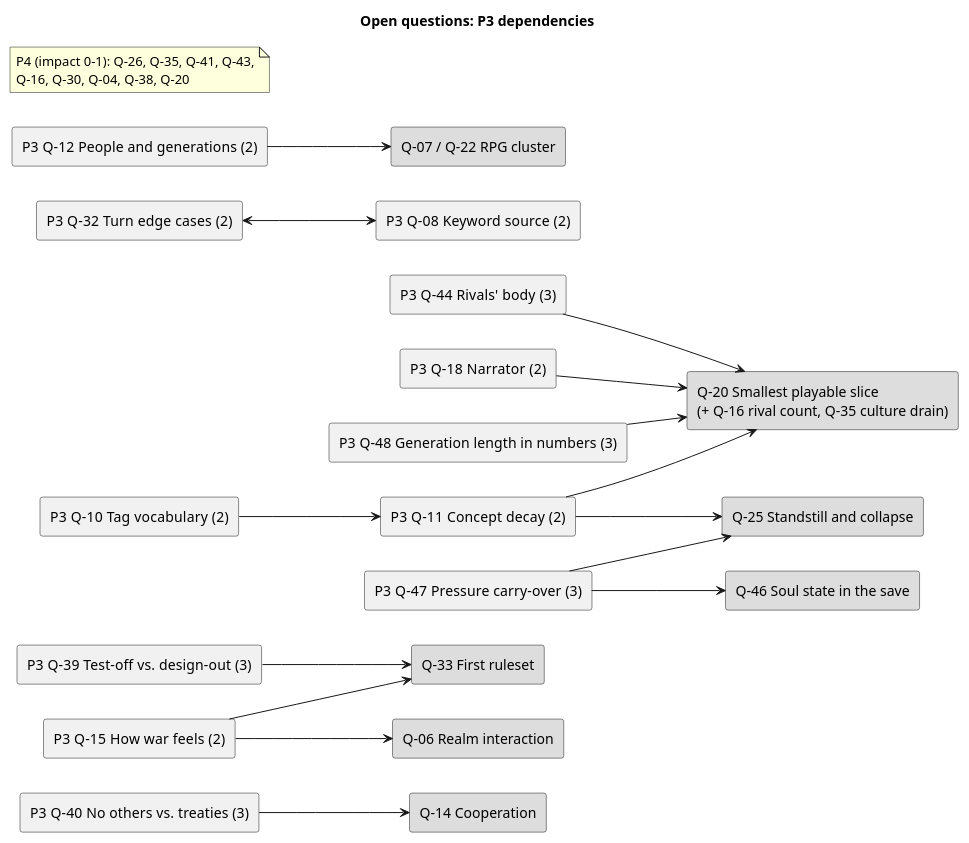
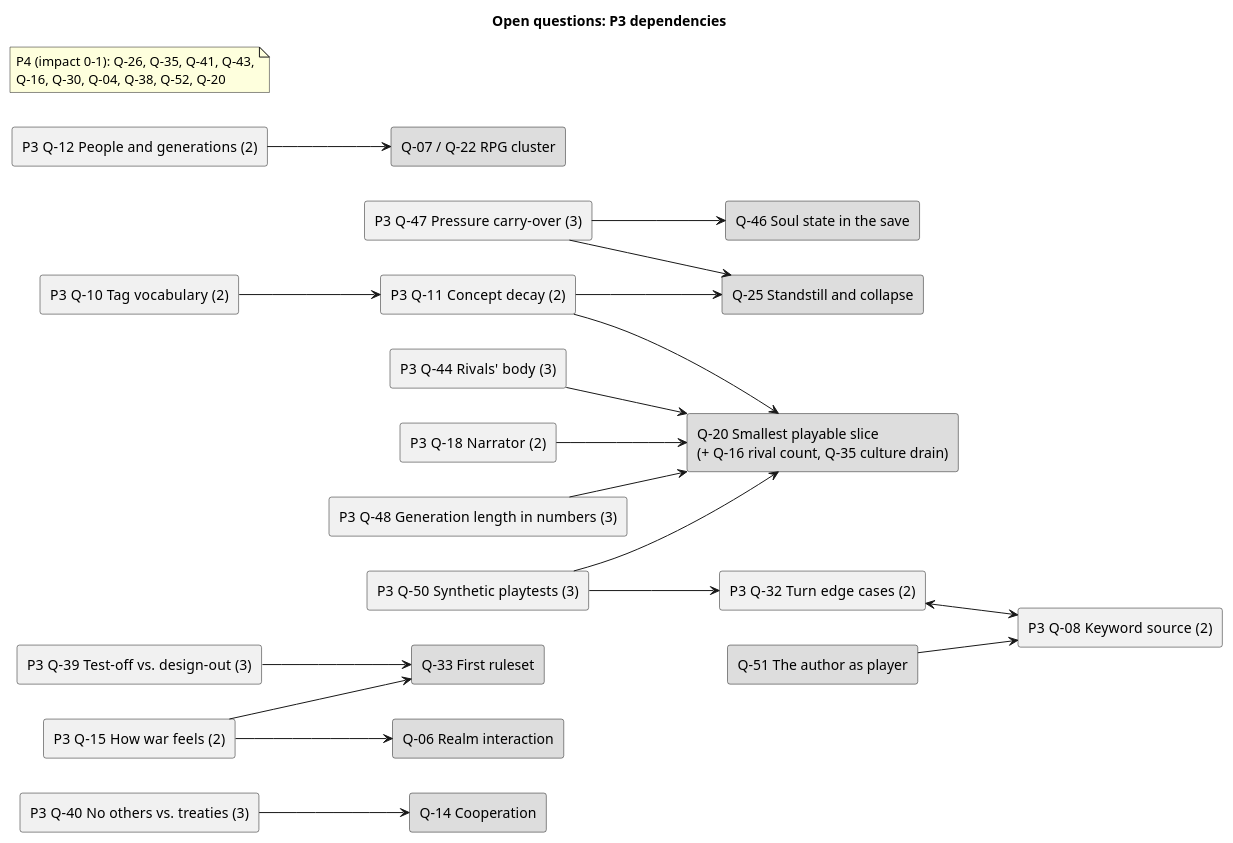
Before and after one commit to zzt108/Syntropy: the diagram in .doc/26-11-17 Game design brainstorming/diagrams/20-question-priority-rest.puml, drawn with PlantUML. The commit also changed 2 other files, not shown here.

```diff
--- a/.doc/26-11-17 Game design brainstorming/diagrams/20-question-priority-rest.puml
+++ b/.doc/26-11-17 Game design brainstorming/diagrams/20-question-priority-rest.puml
@@ -1,45 +1,50 @@
 @startuml
 ' What: dependencies of the P3 open questions (§5 priority table), with the P4 questions as a note.
-' Shows: an arrow A -> B means "the answer to A changes B". Grey boxes are higher-tier targets (P1, P2)
+' Shows: an arrow A -> B means "the answer to A changes B". Grey boxes are higher-tier questions (P1, P2)
 '        or Q-20, the sink that collects all others (the smallest playable slice).
 ' Source: brainstorming-base.md §5 "Priority by impact".
 title Open questions: P3 dependencies
 left to right direction
 rectangle "P3  Q-40 No others vs. treaties (3)" as Q40
 rectangle "P3  Q-39 Test-off vs. design-out (3)" as Q39
 rectangle "P3  Q-44 Rivals' body (3)" as Q44
 rectangle "P3  Q-32 Turn edge cases (2)" as Q32
 rectangle "P3  Q-10 Tag vocabulary (2)" as Q10
 rectangle "P3  Q-11 Concept decay (2)" as Q11
 rectangle "P3  Q-12 People and generations (2)" as Q12
 rectangle "P3  Q-15 How war feels (2)" as Q15
 rectangle "P3  Q-18 Narrator (2)" as Q18
 rectangle "P3  Q-08 Keyword source (2)" as Q08
 rectangle "P3  Q-47 Pressure carry-over (3)" as Q47
 rectangle "P3  Q-48 Generation length in numbers (3)" as Q48
+rectangle "P3  Q-50 Synthetic playtests (3)" as Q50
+rectangle "Q-51 The author as player" as T51 #DDDDDD
 rectangle "Q-46 Soul state in the save" as T46 #DDDDDD
 rectangle "Q-14 Cooperation" as T14 #DDDDDD
 rectangle "Q-33 First ruleset" as T33 #DDDDDD
 rectangle "Q-25 Standstill and collapse" as T25 #DDDDDD
 rectangle "Q-07 / Q-22 RPG cluster" as TRPG #DDDDDD
 rectangle "Q-06 Realm interaction" as T06 #DDDDDD
 rectangle "Q-20 Smallest playable slice\n(+ Q-16 rival count, Q-35 culture drain)" as T20 #DDDDDD
 Q40 --> T14
 Q39 --> T33
 Q44 --> T20
 Q32 <--> Q08
 Q10 --> Q11
 Q11 --> T25
 Q11 --> T20
 Q12 --> TRPG
 Q15 --> T06
 Q15 --> T33
 Q18 --> T20
 Q47 --> T25
 Q47 --> T46
 Q48 --> T20
+Q50 --> Q32
+Q50 --> T20
+T51 --> Q08
 note as P4
   P4 (impact 0-1): Q-26, Q-35, Q-41, Q-43,
-  Q-16, Q-30, Q-04, Q-38, Q-20
+  Q-16, Q-30, Q-04, Q-38, Q-52, Q-20
 end note
 @enduml
```
